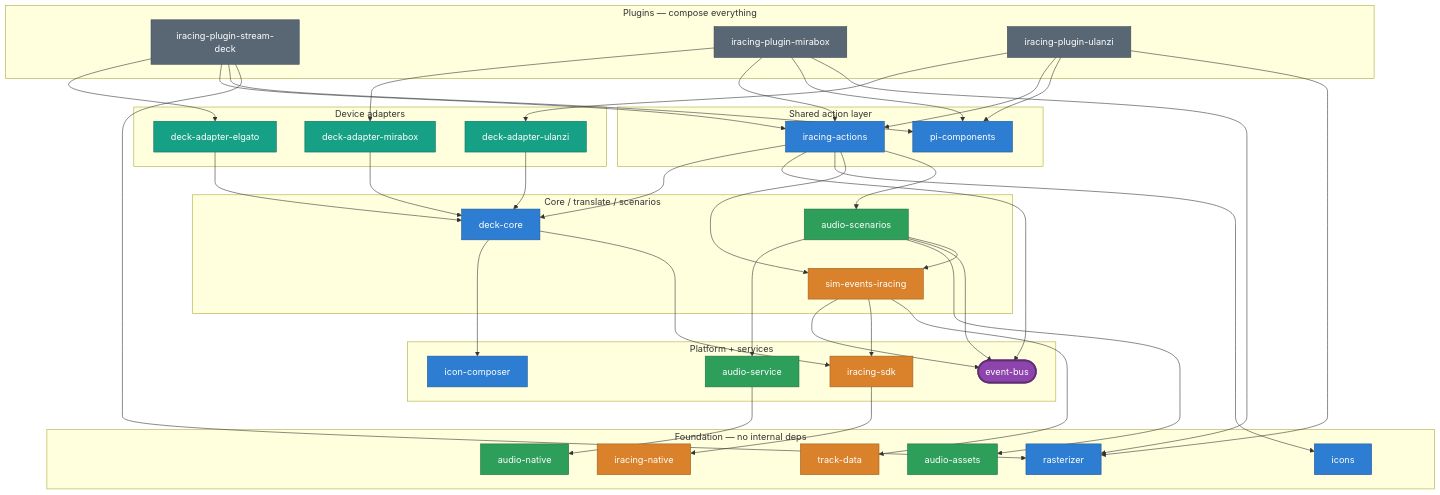
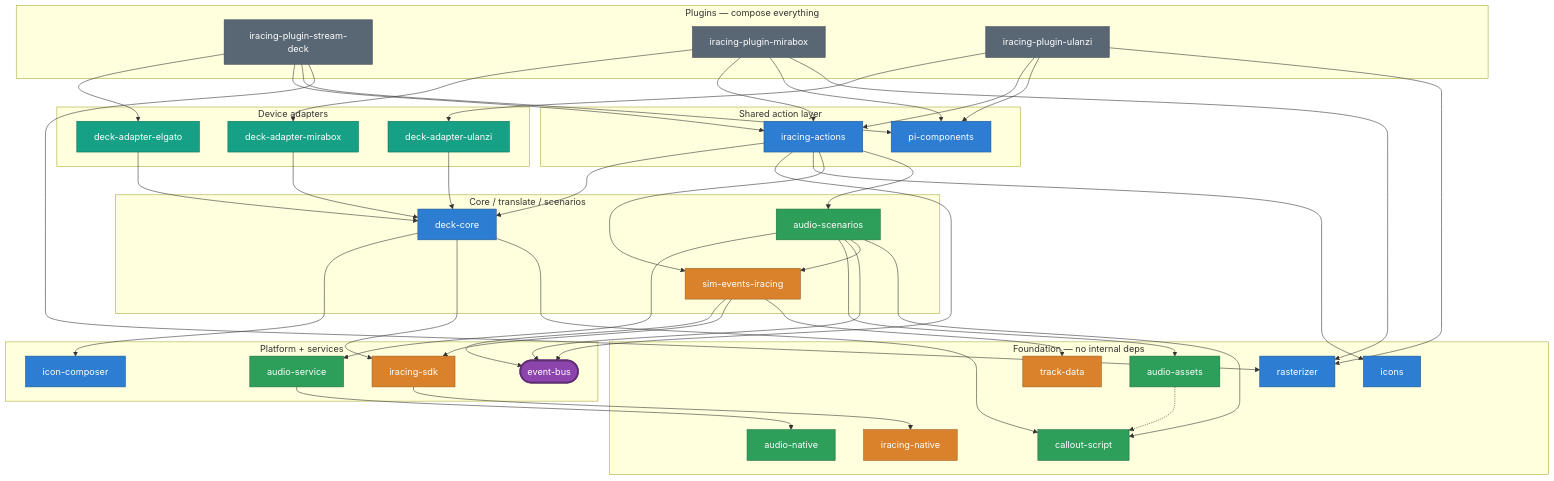
The sixth of 6 diagrams in packages/website/src/content/docs/docs/development/architecture.md (niklam/iracedeck), drawn with Mermaid before and after one commit. The commit also changed other lines of this file and 142 other files, not shown here.

```diff
--- a/packages/website/src/content/docs/docs/development/architecture.md
+++ b/packages/website/src/content/docs/docs/development/architecture.md
@@ -259,6 +267,7 @@
     anat["audio-native"]:::audio
     aasset["audio-assets"]:::audio
     tdata["track-data"]:::sim
+    cscript["callout-script"]:::audio
   end
 
   psd --> aelg
@@ -293,6 +302,9 @@
   asc --> aasset
   asc --> eb
   asc --> sei
+  asc --> cscript
+  dc --> cscript
+  aasset -.-> cscript
 
   sdk --> pinat
   asv --> anat
```
